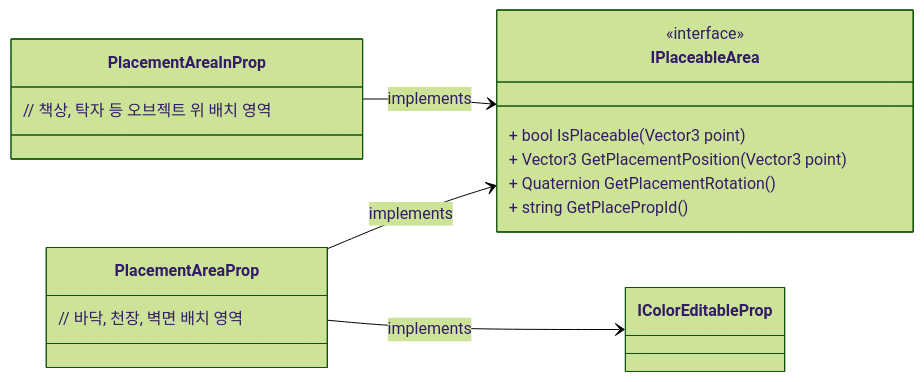
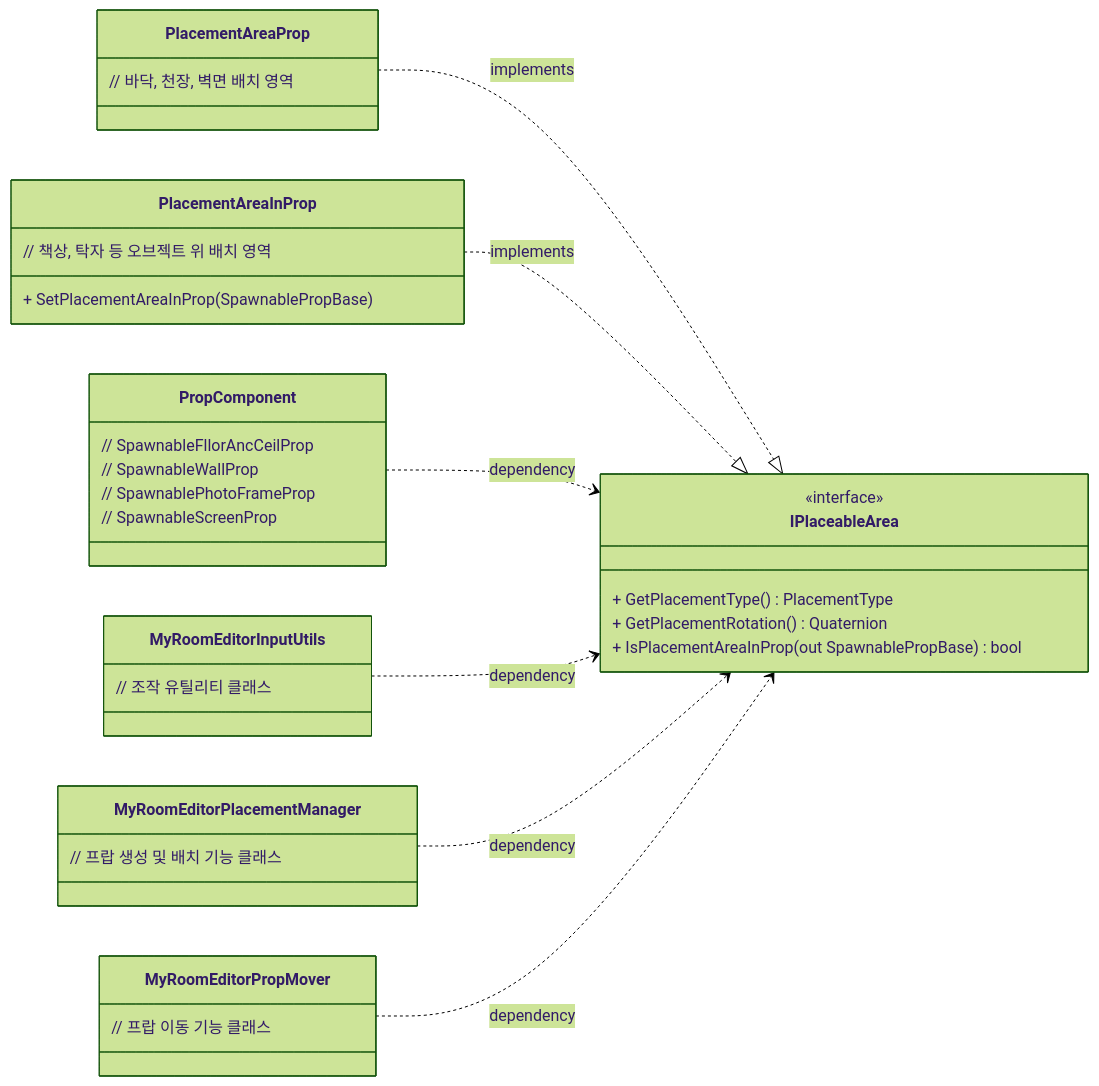
One commit to CosmicGiantKoala/CosmicGiantKoala.github.io changed the sixth of 7 diagrams in content/docs/Projects/Rfice/HousingSystem/Overview.md. Above: the diagram before and after it, drawn with Mermaid (forest theme). The commit also changed other lines of this file, not shown here.

Commit message:
MyRoomEditor UML 다이어그램 업데이트

````diff
--- a/content/docs/Projects/Rfice/HousingSystem/Overview.md
+++ b/content/docs/Projects/Rfice/HousingSystem/Overview.md
@@ -470,23 +541,47 @@
 ```mermaid
 classDiagram
 direction LR
     class IPlaceableArea {
         <<interface>>
-        + bool IsPlaceable(Vector3 point)
-        + Vector3 GetPlacementPosition(Vector3 point)
-        + Quaternion GetPlacementRotation()
-        + string GetPlacePropId()
+        + GetPlacementType() PlacementType
+        + GetPlacementRotation() Quaternion
+        + IsPlacementAreaInProp(out SpawnablePropBase) bool
     }
 
     class PlacementAreaProp {
         // 바닥, 천장, 벽면 배치 영역
     }
 
     class PlacementAreaInProp {
         // 책상, 탁자 등 오브젝트 위 배치 영역
+        + SetPlacementAreaInProp(SpawnablePropBase)
     }
 
-    PlacementAreaProp --> IPlaceableArea : implements
-    PlacementAreaProp --> IColorEditableProp : implements
-    PlacementAreaInProp --> IPlaceableArea : implements
+    class PropComponent{
+        // SpawnableFllorAncCeilProp
+        // SpawnableWallProp
+        // SpawnablePhotoFrameProp
+        // SpawnableScreenProp
+    }
+    
+    class MyRoomEditorInputUtils{
+        // 조작 유틸리티 클래스
+    }
+    
+    class MyRoomEditorPlacementManager{
+        // 프랍 생성 및 배치 기능 클래스
+    }
+    
+    class MyRoomEditorPropMover{
+        // 프랍 이동 기능 클래스
+    }
+    
+
+    PlacementAreaProp ..|> IPlaceableArea : implements
+    PlacementAreaInProp ..|> IPlaceableArea : implements
+
+    PropComponent ..> IPlaceableArea : dependency
+    MyRoomEditorInputUtils ..> IPlaceableArea : dependency
+    MyRoomEditorPlacementManager ..> IPlaceableArea : dependency
+    MyRoomEditorPropMover ..> IPlaceableArea : dependency
 ```
````
